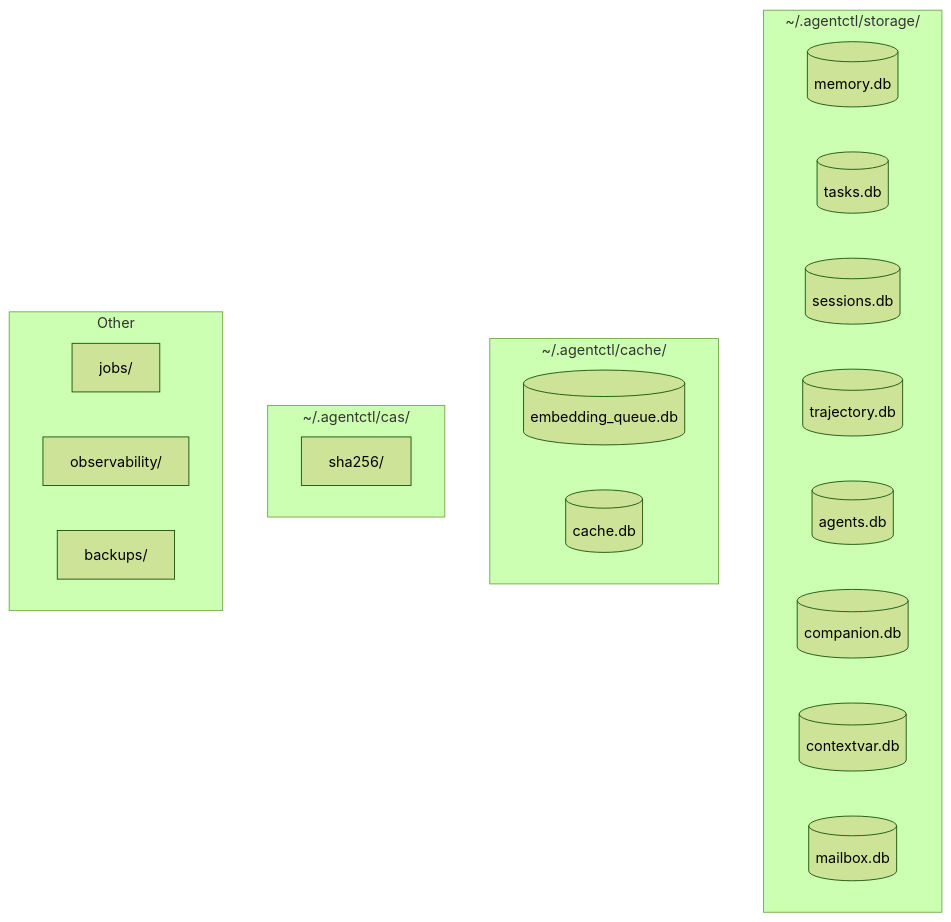
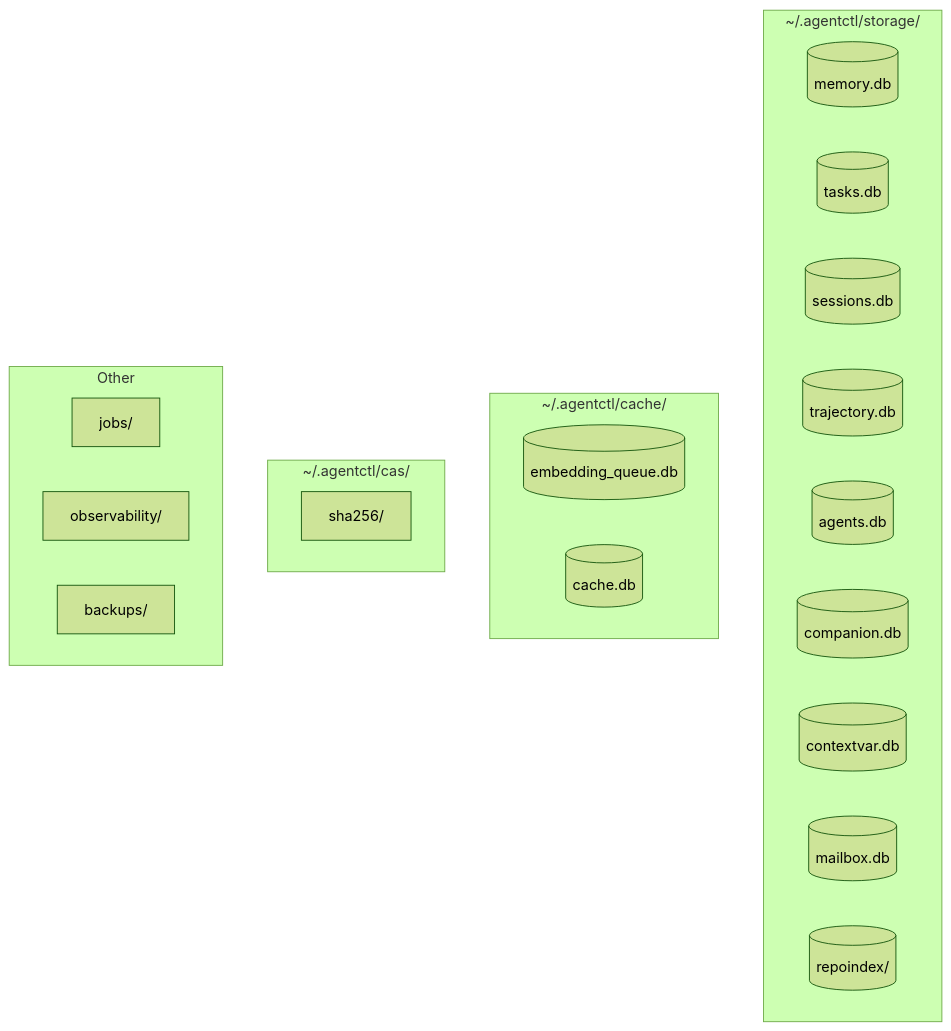
One commit to joshka0/foxctl changed the diagram in docs/general/storage.md. Above: the diagram before and after it, drawn with Mermaid (forest theme). The commit also changed other lines of this file and 74 other files, not shown here.

````diff
--- a/docs/general/storage.md
+++ b/docs/general/storage.md
@@ -9,28 +9,29 @@
 ```mermaid
 flowchart TD
     subgraph Storage["~/.agentctl/storage/"]
         MEM[(memory.db)]
         TASK[(tasks.db)]
         SESS[(sessions.db)]
         TRAJ[(trajectory.db)]
         AGENT[(agents.db)]
         COMP[(companion.db)]
         CTXVAR[(contextvar.db)]
         MBOX[(mailbox.db)]
+        RGI[(repoindex/)]
     end
 
     subgraph Cache["~/.agentctl/cache/"]
         EMB[(embedding_queue.db)]
         CACHE[(cache.db)]
     end
 
     subgraph CAS["~/.agentctl/cas/"]
         SHA[sha256/]
     end
 
     subgraph Other
         JOBS[jobs/]
         OBS[observability/]
         BACK[backups/]
     end
 ```
````
